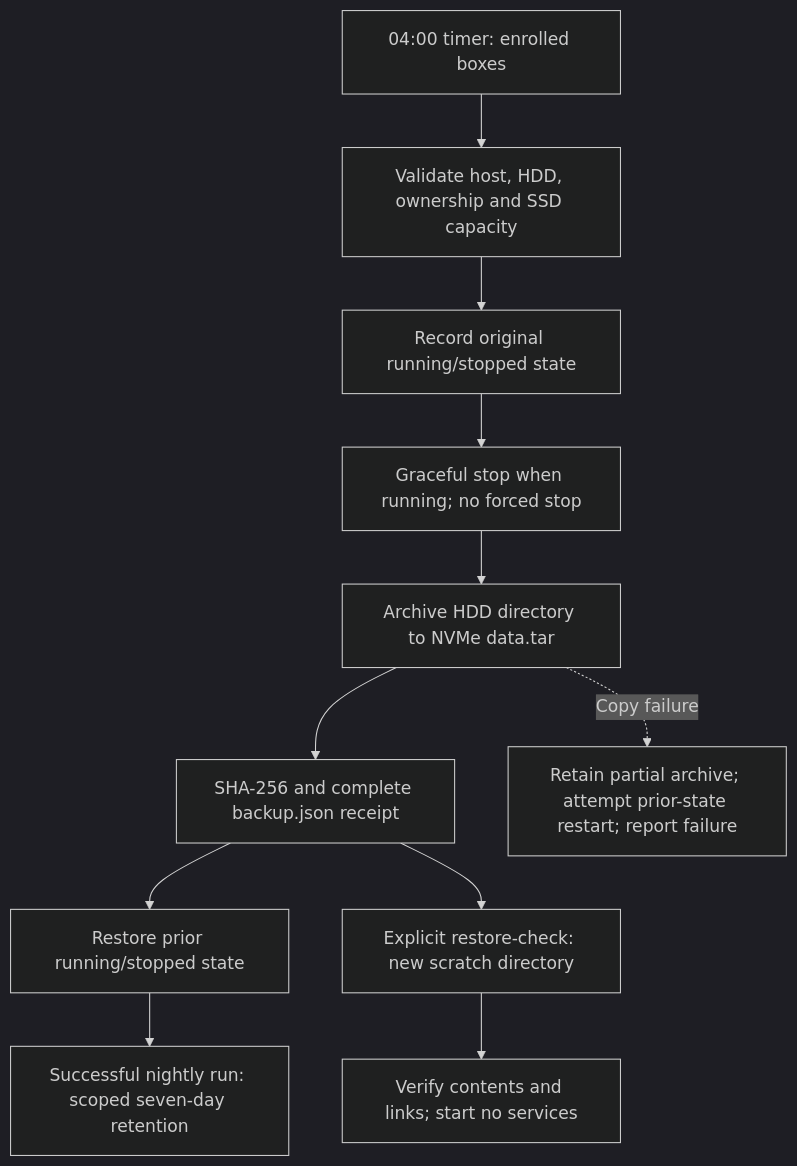
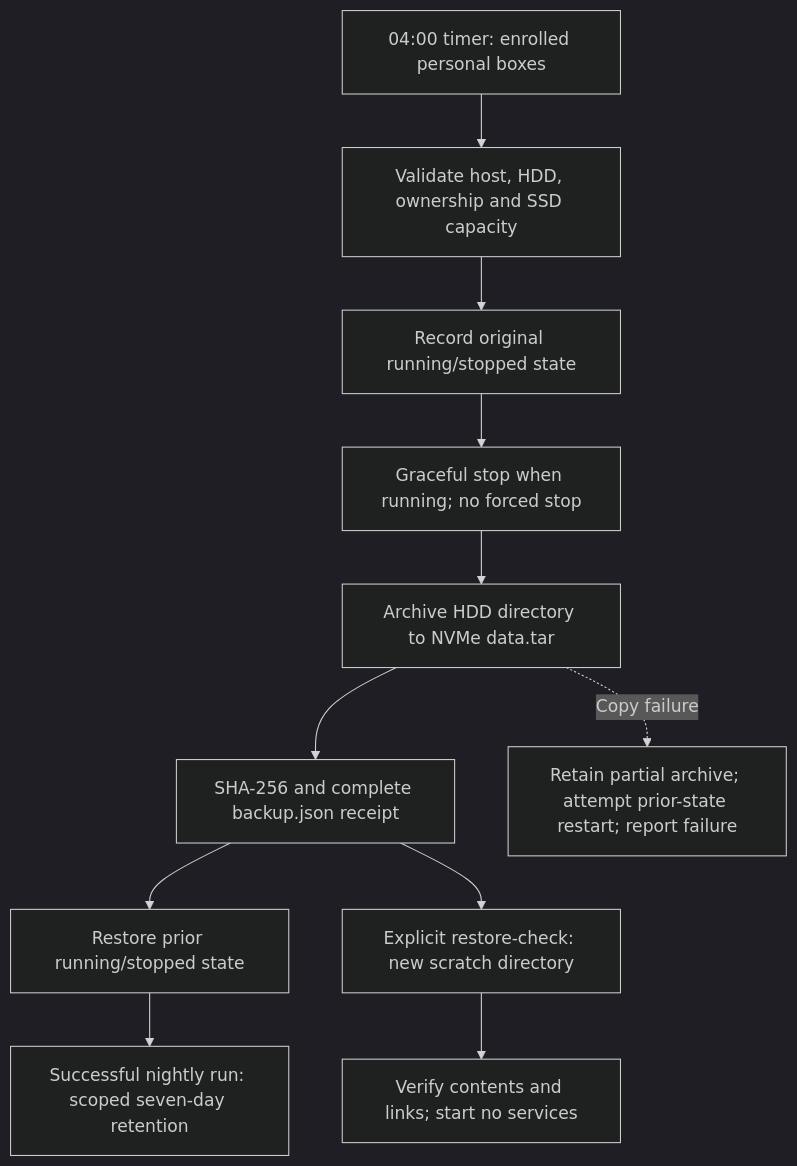
Before and after one commit to eusean-tg/chart-infra: the fourth of 4 diagrams in incus/ARCHITECTURE.md, drawn with Mermaid (dark theme). The commit also changed other lines of this file, not shown here.

Commit message:
codex: make architecture guide generic and clarify developer setup

````diff
--- a/incus/ARCHITECTURE.md
+++ b/incus/ARCHITECTURE.md
@@ -264,13 +237,13 @@
 ```mermaid
 flowchart TD
-    Timer["04:00 timer: enrolled boxes"] --> Validate["Validate host, HDD, ownership and SSD capacity"]
+    Timer["04:00 timer: enrolled personal boxes"] --> Validate["Validate host, HDD, ownership and SSD capacity"]
     Validate --> State["Record original running/stopped state"]
     State --> Stop["Graceful stop when running; no forced stop"]
     Stop --> Copy["Archive HDD directory to NVMe data.tar"]
     Copy --> Receipt["SHA-256 and complete backup.json receipt"]
     Receipt --> Resume["Restore prior running/stopped state"]
     Resume --> Retention["Successful nightly run: scoped seven-day retention"]
     Copy -.->|"Copy failure"| Failure["Retain partial archive; attempt prior-state restart; report failure"]
     Receipt --> Scratch["Explicit restore-check: new scratch directory"]
     Scratch --> Compare["Verify contents and links; start no services"]
 ```
````
